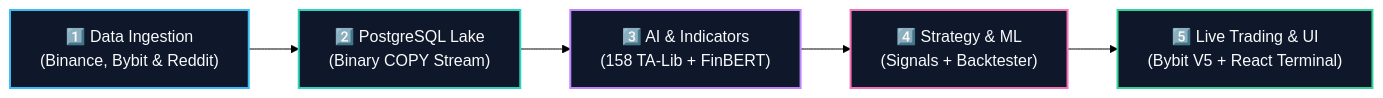
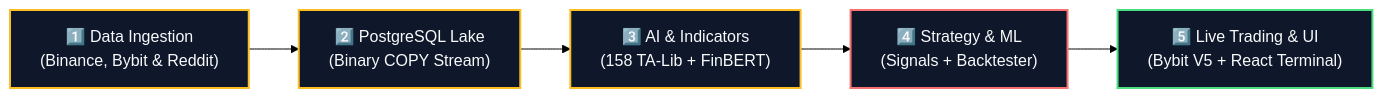
Before and after one commit to 21Afnan/cryptosight: the first of 3 diagrams in README.md, drawn with Mermaid (forest theme). The commit also changed other lines of this file, not shown here.

````diff
--- a/README.md
+++ b/README.md
@@ -103,19 +103,15 @@
 ```mermaid
 flowchart LR
     A["1️⃣ Data Ingestion\n(Binance, Bybit & Reddit)"] --> B["2️⃣ PostgreSQL Lake\n(Binary COPY Stream)"]
     B --> C["3️⃣ AI & Indicators\n(158 TA-Lib + FinBERT)"]
     C --> D["4️⃣ Strategy & ML\n(Signals + Backtester)"]
     D --> E["5️⃣ Live Trading & UI\n(Bybit V5 + React Terminal)"]
 
-    classDef step1 fill:#0f172a,stroke:#38bdf8,stroke-width:2px,color:#f8fafc;
-    classDef step2 fill:#0f172a,stroke:#2dd4bf,stroke-width:2px,color:#f8fafc;
-    classDef step3 fill:#0f172a,stroke:#c084fc,stroke-width:2px,color:#f8fafc;
-    classDef step4 fill:#0f172a,stroke:#f472b6,stroke-width:2px,color:#f8fafc;
-    classDef step5 fill:#0f172a,stroke:#34d399,stroke-width:2px,color:#f8fafc;
+    classDef neutral fill:#0f172a,stroke:#fbbf24,stroke-width:2px,color:#f8fafc;
+    classDef warning fill:#0f172a,stroke:#f87171,stroke-width:2px,color:#f8fafc;
+    classDef success fill:#0f172a,stroke:#4ade80,stroke-width:2px,color:#f8fafc;
 
-    class A step1;
-    class B step2;
-    class C step3;
-    class D step4;
-    class E step5;
+    class A,B,C neutral;
+    class D warning;
+    class E success;
 ```
````
